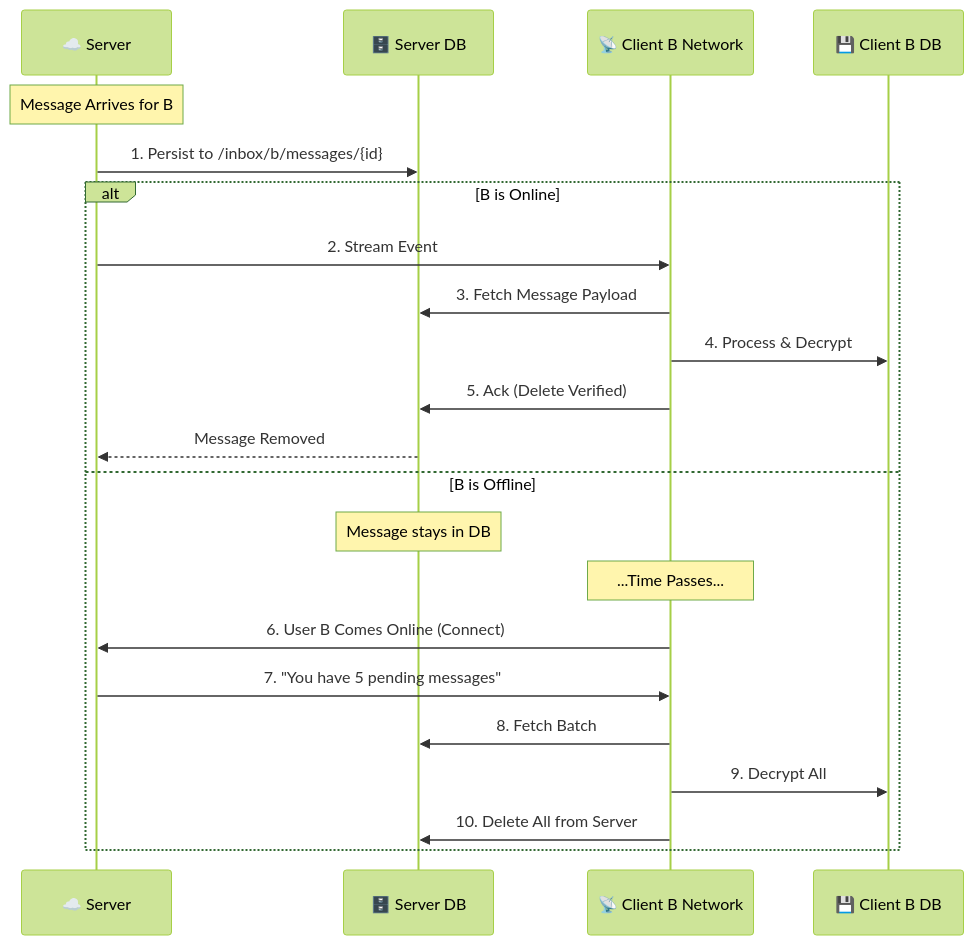
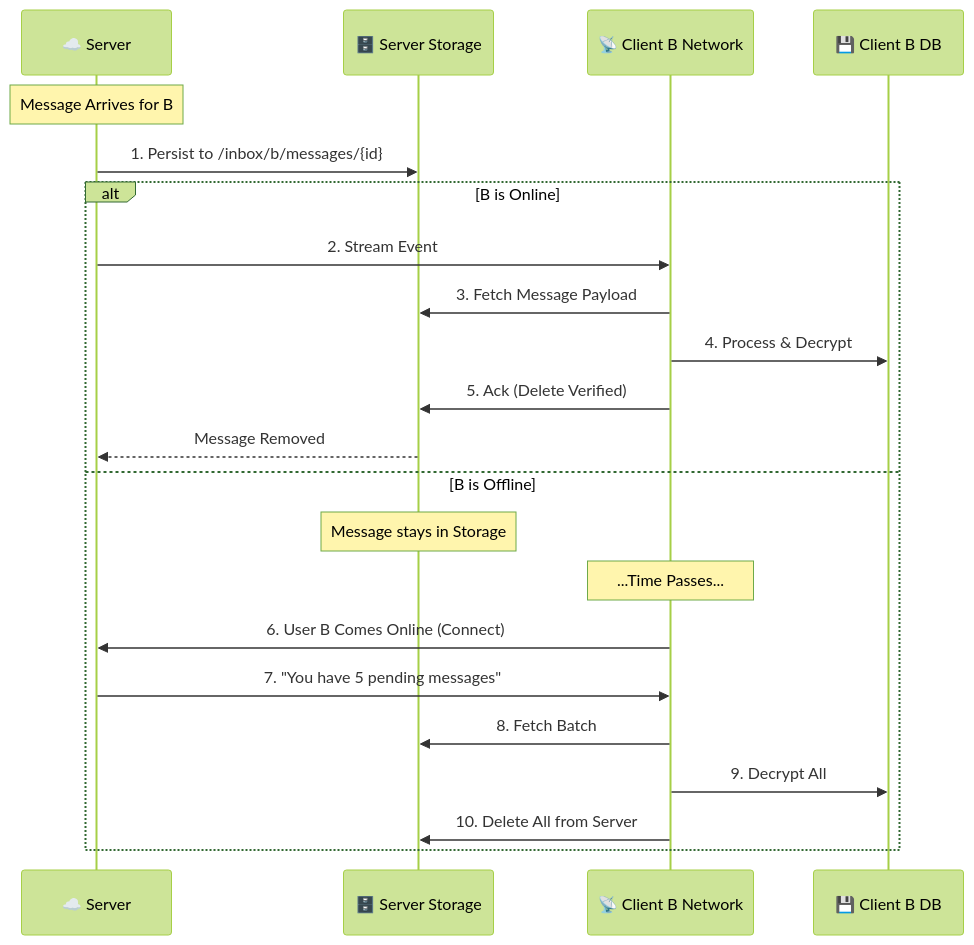
One commit to sameerctinfotech/temp-share changed the sixth of 18 diagrams in use_case.md. Above: the diagram before and after it, drawn with Mermaid (forest theme). The commit also changed other lines of this file, not shown here.

````diff
--- a/use_case.md
+++ b/use_case.md
@@ -138,26 +138,26 @@
 ```mermaid
 sequenceDiagram
     participant Server as ☁️ Server
-    participant SDB as 🗄️ Server DB
+    participant SS as 🗄️ Server Storage
     participant CB_Net as 📡 Client B Network
     participant CB_DB as 💾 Client B DB
 
     Note over Server: Message Arrives for B
-    Server->>SDB: 1. Persist to /inbox/b/messages/{id}
+    Server->>SS: 1. Persist to /inbox/b/messages/{id}
     
     alt B is Online
         Server->>CB_Net: 2. Stream Event
-        CB_Net->>SDB: 3. Fetch Message Payload
+        CB_Net->>SS: 3. Fetch Message Payload
         CB_Net->>CB_DB: 4. Process & Decrypt
-        CB_Net->>SDB: 5. Ack (Delete Verified)
-        SDB-->>Server: Message Removed
+        CB_Net->>SS: 5. Ack (Delete Verified)
+        SS-->>Server: Message Removed
     else B is Offline
-        Note over SDB: Message stays in DB
+        Note over SS: Message stays in Storage
         Note over CB_Net: ...Time Passes...
         CB_Net->>Server: 6. User B Comes Online (Connect)
         Server->>CB_Net: 7. "You have 5 pending messages"
-        CB_Net->>SDB: 8. Fetch Batch
+        CB_Net->>SS: 8. Fetch Batch
         CB_Net->>CB_DB: 9. Decrypt All
-        CB_Net->>SDB: 10. Delete All from Server
+        CB_Net->>SS: 10. Delete All from Server
     end
 ```
````
